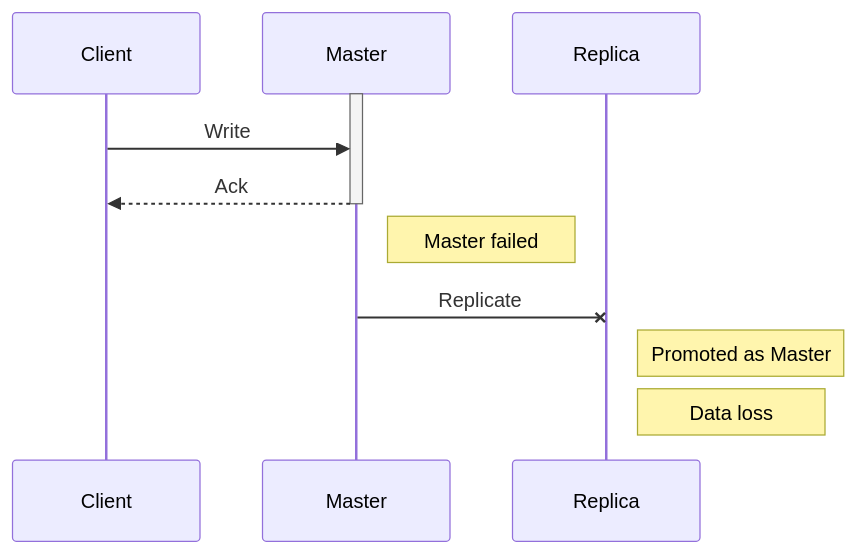
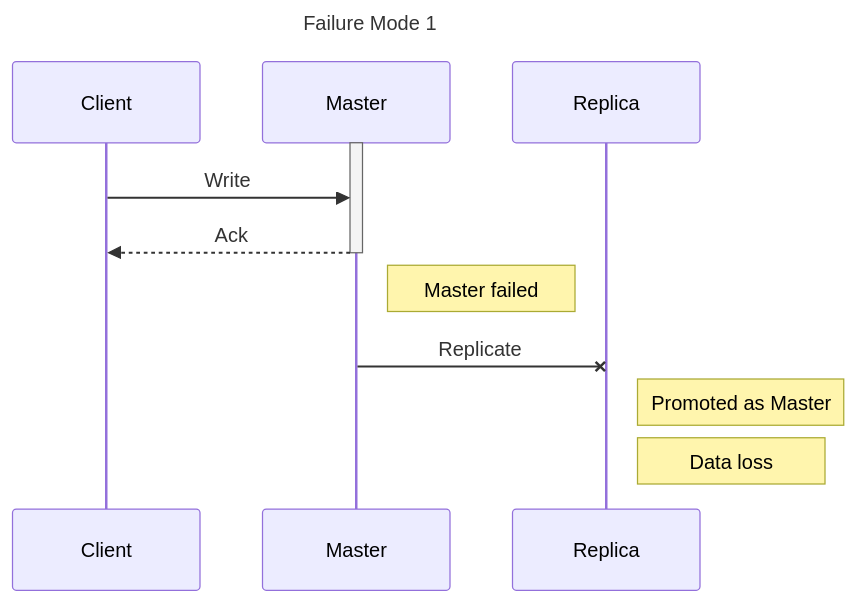
The sixth of 8 diagrams in _posts/2022-08-29-system-design.markdown (qinghaoh/qinghaoh.github.io), drawn with Mermaid before and after one commit. The commit also changed other lines of this file and 5 other files, not shown here.

````diff
--- a/_posts/2022-08-29-system-design.markdown
+++ b/_posts/2022-08-29-system-design.markdown
@@ -131,11 +173,14 @@
 ```mermaid
+---
+title: Failure Mode 1
+---
 sequenceDiagram
     activate Master
     Client->>Master: Write
     Master-->>Client: Ack
     deactivate Master
     Note right of Master:  Master failed
     Master-xReplica: Replicate
     Note right of Replica:  Promoted as Master
     Note right of Replica:  Data loss
 ```
````
